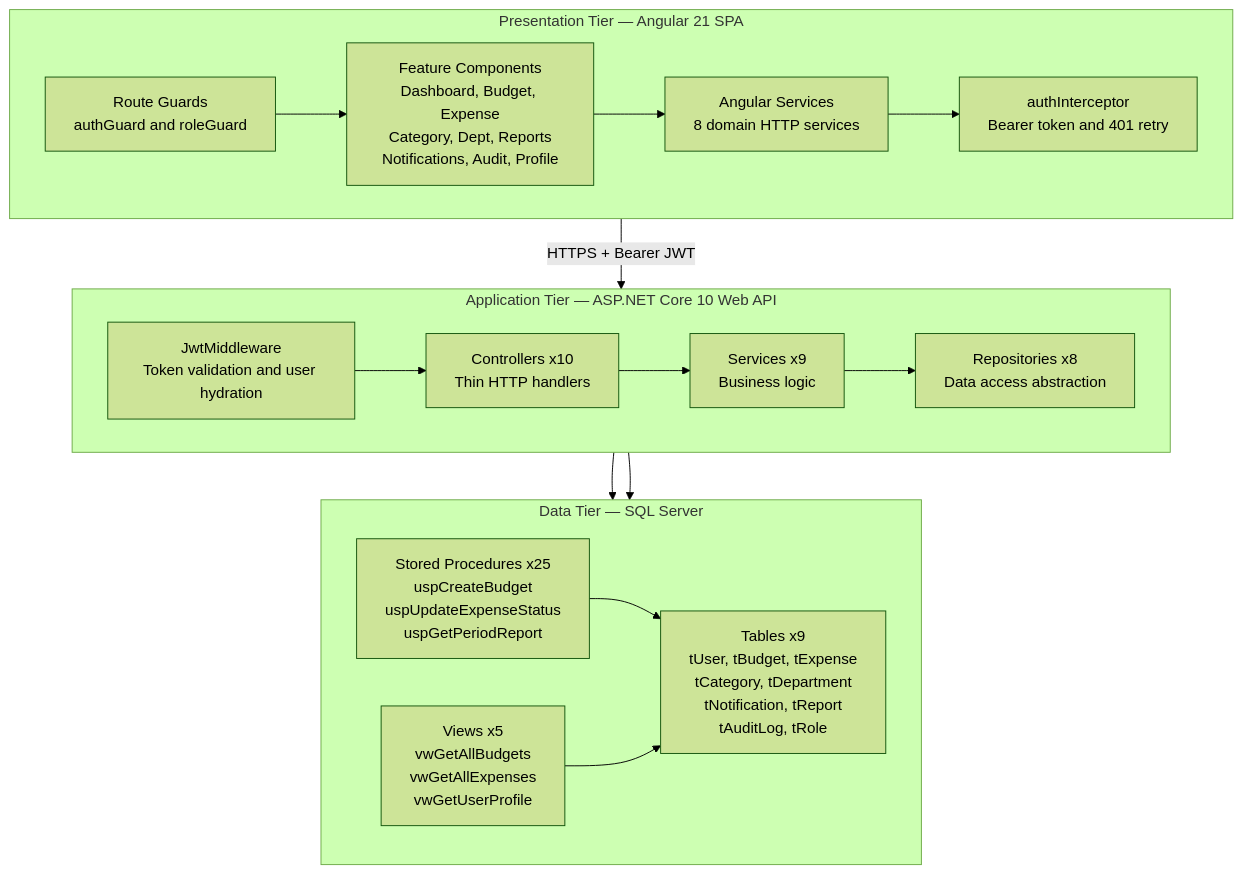
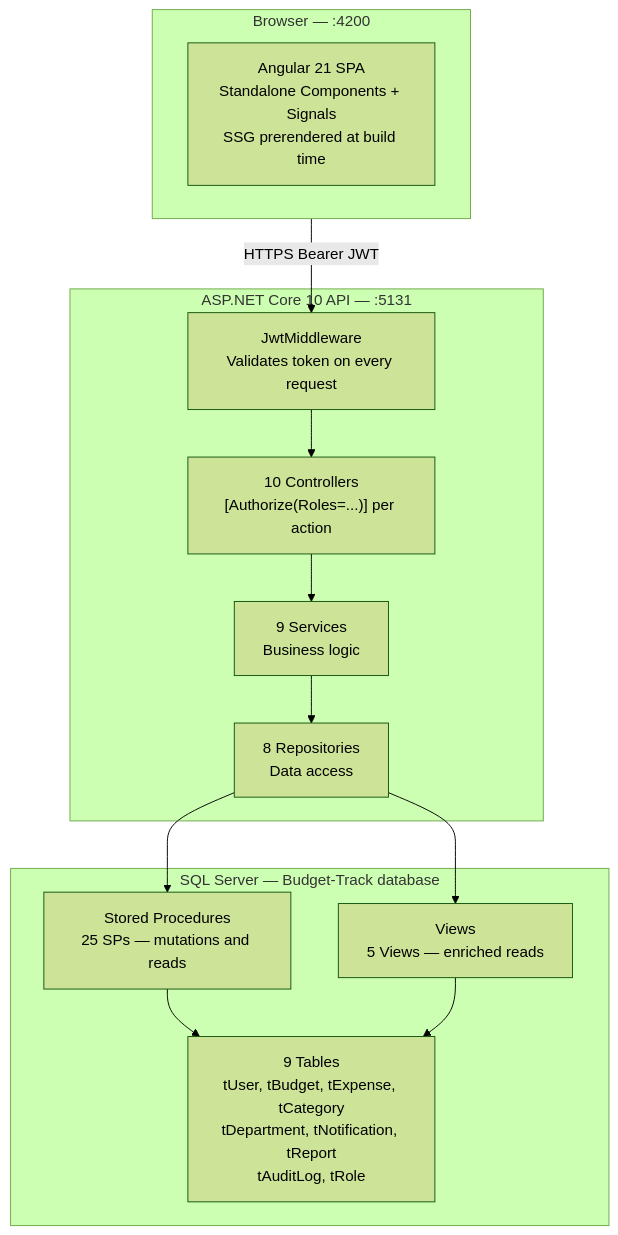
One commit to Dharunkumar-S/BudgetTrack changed the first of 3 diagrams in Documentation/hld.md. Above: the diagram before and after it, drawn with Mermaid (forest theme). The commit also changed other lines of this file and 1 other file, not shown here.

````diff
--- a/Documentation/hld.md
+++ b/Documentation/hld.md
@@ -88,37 +41,26 @@
 ```mermaid
 flowchart TB
-    subgraph Tier1["Presentation Tier — Angular 21 SPA"]
-        direction LR
-        GRD["Route Guards\nauthGuard and roleGuard"]
-        COMP["Feature Components\nDashboard, Budget, Expense\nCategory, Dept, Reports\nNotifications, Audit, Profile"]
-        SVC_FE["Angular Services\n8 domain HTTP services"]
-        INT["authInterceptor\nBearer token and 401 retry"]
+    subgraph Browser["Browser  —  :4200"]
+        SPA["Angular 21 SPA\nStandalone Components + Signals\nSSG prerendered at build time"]
     end
 
-    subgraph Tier2["Application Tier — ASP.NET Core 10 Web API"]
-        direction LR
-        MW["JwtMiddleware\nToken validation and user hydration"]
-        CTRL["Controllers x10\nThin HTTP handlers"]
-        SVC_BE["Services x9\nBusiness logic"]
-        REPO["Repositories x8\nData access abstraction"]
+    subgraph API["ASP.NET Core 10 API  —  :5131"]
+        MW["JwtMiddleware\nValidates token on every request"]
+        CTRL["10 Controllers\n[Authorize(Roles=...)] per action"]
+        SVC["9 Services\nBusiness logic"]
+        REPO["8 Repositories\nData access"]
     end
 
-    subgraph Tier3["Data Tier — SQL Server"]
-        direction LR
-        VIEWS["Views x5\nvwGetAllBudgets\nvwGetAllExpenses\nvwGetUserProfile"]
-        SPS["Stored Procedures x25\nuspCreateBudget\nuspUpdateExpenseStatus\nuspGetPeriodReport"]
-        TABLES["Tables x9\ntUser, tBudget, tExpense\ntCategory, tDepartment\ntNotification, tReport\ntAuditLog, tRole"]
+    subgraph DB["SQL Server  —  Budget-Track database"]
+        SPS["Stored Procedures\n25 SPs — mutations and reads"]
+        VWS["Views\n5 Views — enriched reads"]
+        TBL["9 Tables\ntUser, tBudget, tExpense, tCategory\ntDepartment, tNotification, tReport\ntAuditLog, tRole"]
     end
 
-    GRD --> COMP
-    COMP --> SVC_FE
-    SVC_FE --> INT
-    INT -->|"HTTPS + Bearer JWT"| MW
-    MW --> CTRL
-    CTRL --> SVC_BE
-    SVC_BE --> REPO
-    REPO --> VIEWS
+    Browser -->|"HTTPS  Bearer JWT"| MW
+    MW --> CTRL --> SVC --> REPO
     REPO --> SPS
-    SPS --> TABLES
-    VIEWS --> TABLES
+    REPO --> VWS
+    SPS --> TBL
+    VWS --> TBL
 ```
````
